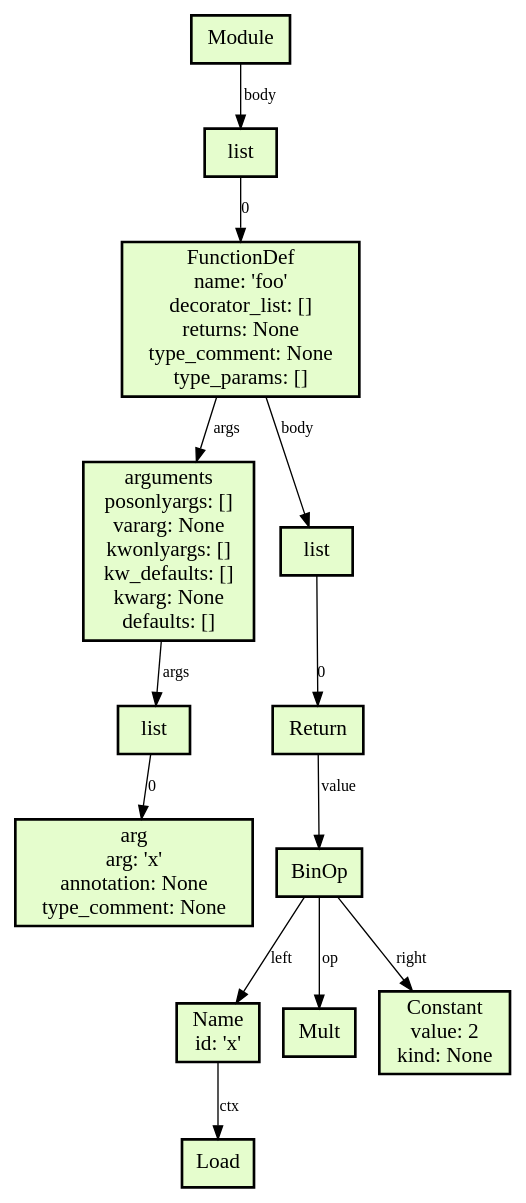
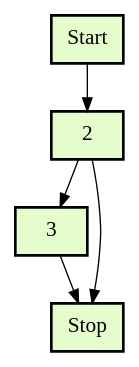
Before and after one commit to UnTea/Compiler-ish: the diagram in output/output.dot, drawn with Graphviz. The commit also changed 3 other files, not shown here.

```diff
--- a/output/output.dot
+++ b/output/output.dot
@@ -1,29 +1,13 @@
 digraph G {
-node [fontname= "Fira Code" fontsize=16
-style=filled fillcolor="#E5FDCD" penwidth=2]edge [fontname="Fira Code" fontsize=12]
-0 [label="Module" shape=box]
-1 [label="list" shape=box]
-2 [label="FunctionDef\nname: 'foo'\ndecorator_list: []\nreturns: None\ntype_comment: None\ntype_params: []" shape=box]
-3 [label="arguments\nposonlyargs: []\nvararg: None\nkwonlyargs: []\nkw_defaults: []\nkwarg: None\ndefaults: []" shape=box]
-4 [label="list" shape=box]
-5 [label="arg\narg: 'x'\nannotation: None\ntype_comment: None" shape=box]
-6 [label="list" shape=box]
-7 [label="Return\n" shape=box]
-8 [label="BinOp\n" shape=box]
-9 [label="Name\nid: 'x'" shape=box]
-10 [label="Load\n" shape=box]
-11 [label="Mult\n" shape=box]
-12 [label="Constant\nvalue: 2\nkind: None" shape=box]
-0 -> 1 [label="body"]
-1 -> 2 [label="0"]
-2 -> 3 [label="args"]
-2 -> 6 [label="body"]
-3 -> 4 [label="args"]
-4 -> 5 [label="0"]
-6 -> 7 [label="0"]
-7 -> 8 [label="value"]
-8 -> 9 [label="left"]
-8 -> 11 [label="op"]
-8 -> 12 [label="right"]
-9 -> 10 [label="ctx"]
+    node [fontname = "Fira Code" fontsize = 16
+    style = filled fillcolor = "#E5FDCD" penwidth = 2]
+    edge [fontname = "Fira Code" fontsize = 12]
+    Start [label = "Start" shape = box]
+    2 [label = "2" shape = box]
+    3 [label = "3" shape = box]
+    Stop [label = "Stop" shape = box]
+    Start -> 2
+    2 -> 3
+    2 -> Stop
+    3 -> Stop
 }
```
